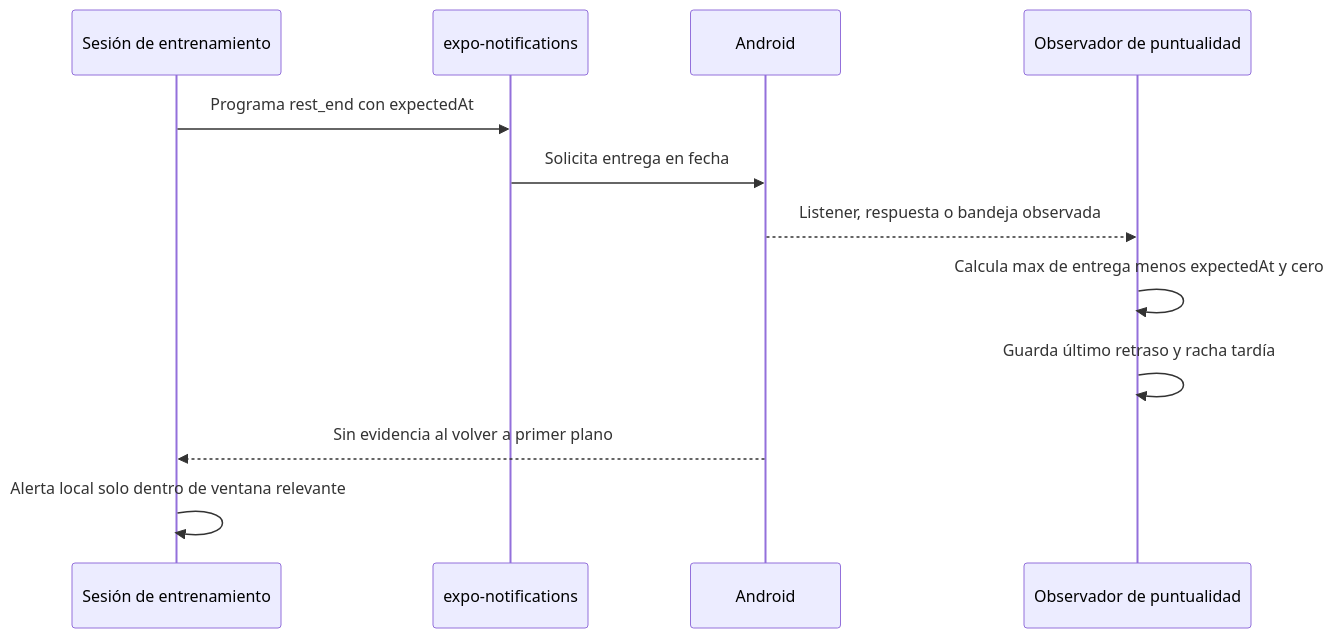
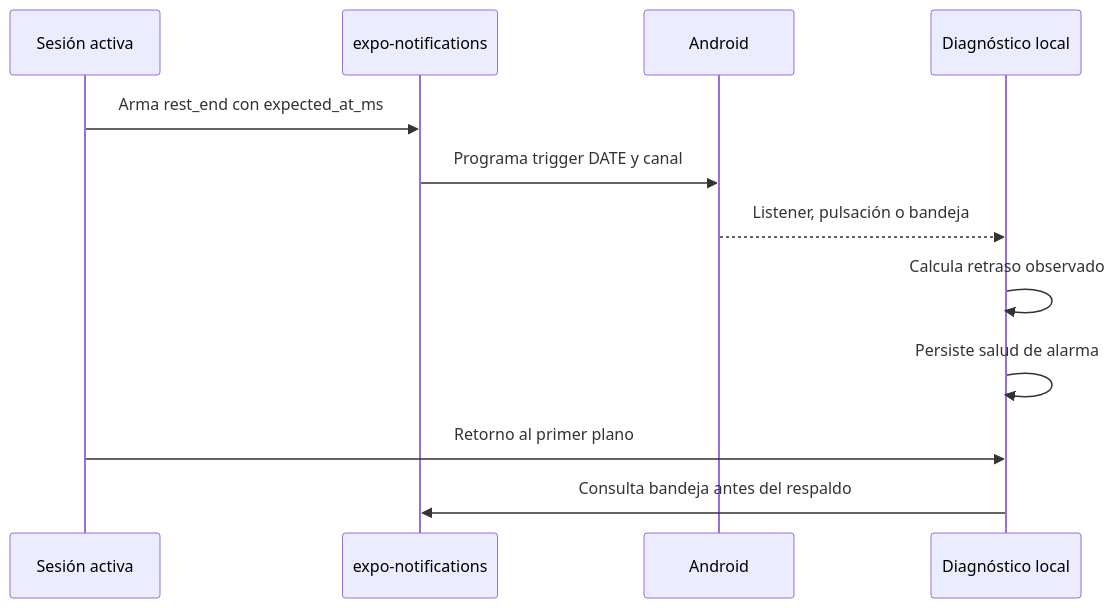
Before and after one commit to maximofn/gymnasia: the second of 2 diagrams in openwiki/operations/android-permissions.md, drawn with Mermaid. The commit also changed other lines of this file and 52 other files, not shown here.

````diff
--- a/openwiki/operations/android-permissions.md
+++ b/openwiki/operations/android-permissions.md
@@ -88,14 +92,14 @@
 ```mermaid
 sequenceDiagram
-    participant Session as Sesión de entrenamiento
-    participant Scheduler as expo-notifications
+    participant Workout as Sesión activa
+    participant Notifier as expo-notifications
     participant Android as Android
-    participant Observer as Observador de puntualidad
-    Session->>Scheduler: Programa rest_end con expectedAt
-    Scheduler->>Android: Solicita entrega en fecha
-    Android-->>Observer: Listener, respuesta o bandeja observada
-    Observer->>Observer: Calcula max de entrega menos expectedAt y cero
-    Observer->>Observer: Guarda último retraso y racha tardía
-    Android-->>Session: Sin evidencia al volver a primer plano
-    Session->>Session: Alerta local solo dentro de ventana relevante
+    participant Observer as Diagnóstico local
+    Workout->>Notifier: Arma rest_end con expected_at_ms
+    Notifier->>Android: Programa trigger DATE y canal
+    Android-->>Observer: Listener, pulsación o bandeja
+    Observer->>Observer: Calcula retraso observado
+    Observer->>Observer: Persiste salud de alarma
+    Workout->>Observer: Retorno al primer plano
+    Observer->>Notifier: Consulta bandeja antes del respaldo
 ```
````
